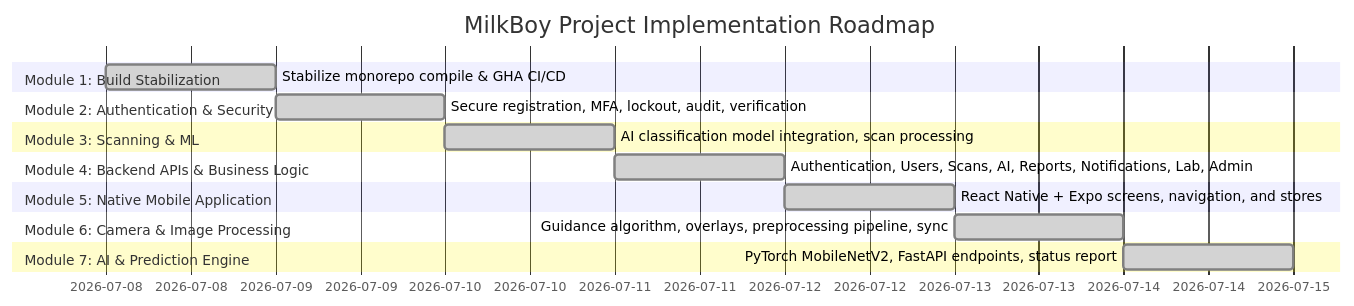
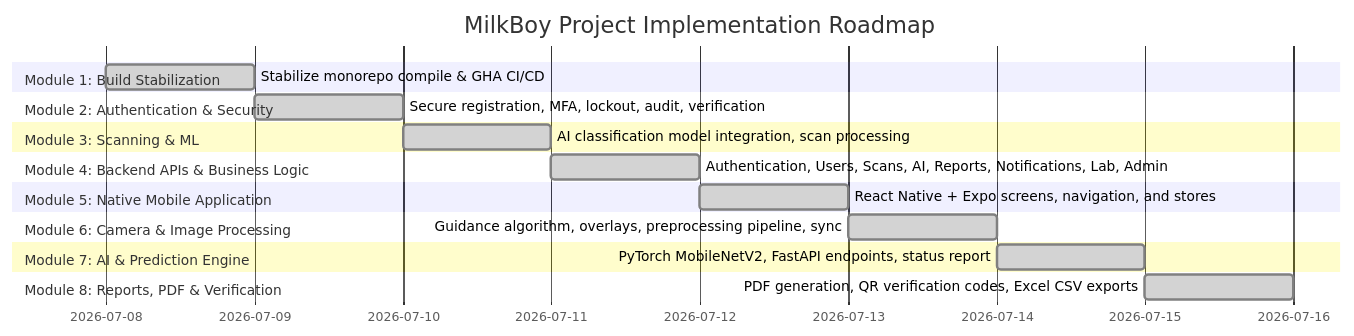
Before and after one commit to Thirumal143200/MILKY-BAR: the diagram in PROJECT_STATUS.md, drawn with Mermaid. The commit also changed other lines of this file and 7 other files, not shown here.

Commit message:
feat: implement Module 8 report previews, sharing, QR verification checklists, Excel CSV exports, and update roadmap Gantt status

````diff
--- a/PROJECT_STATUS.md
+++ b/PROJECT_STATUS.md
@@ -9,19 +9,21 @@
 ```mermaid
 gantt
     title MilkBoy Project Implementation Roadmap
     dateFormat  YYYY-MM-DD
     section Module 1: Build Stabilization
     Stabilize monorepo compile & GHA CI/CD   :done, 2026-07-08, 2026-07-09
     section Module 2: Authentication & Security
     Secure registration, MFA, lockout, audit, verification :done, 2026-07-09, 2026-07-10
     section Module 3: Scanning & ML
     AI classification model integration, scan processing :done, 2026-07-10, 2026-07-11
     section Module 4: Backend APIs & Business Logic
     Authentication, Users, Scans, AI, Reports, Notifications, Lab, Admin :done, 2026-07-11, 2026-07-12
     section Module 5: Native Mobile Application
     React Native + Expo screens, navigation, and stores :done, 2026-07-12, 2026-07-13
     section Module 6: Camera & Image Processing
     Guidance algorithm, overlays, preprocessing pipeline, sync :done, 2026-07-13, 2026-07-14
     section Module 7: AI & Prediction Engine
     PyTorch MobileNetV2, FastAPI endpoints, status report :done, 2026-07-14, 2026-07-15
+    section Module 8: Reports, PDF & Verification
+    PDF generation, QR verification codes, Excel CSV exports :done, 2026-07-15, 2026-07-16
 ```
````
